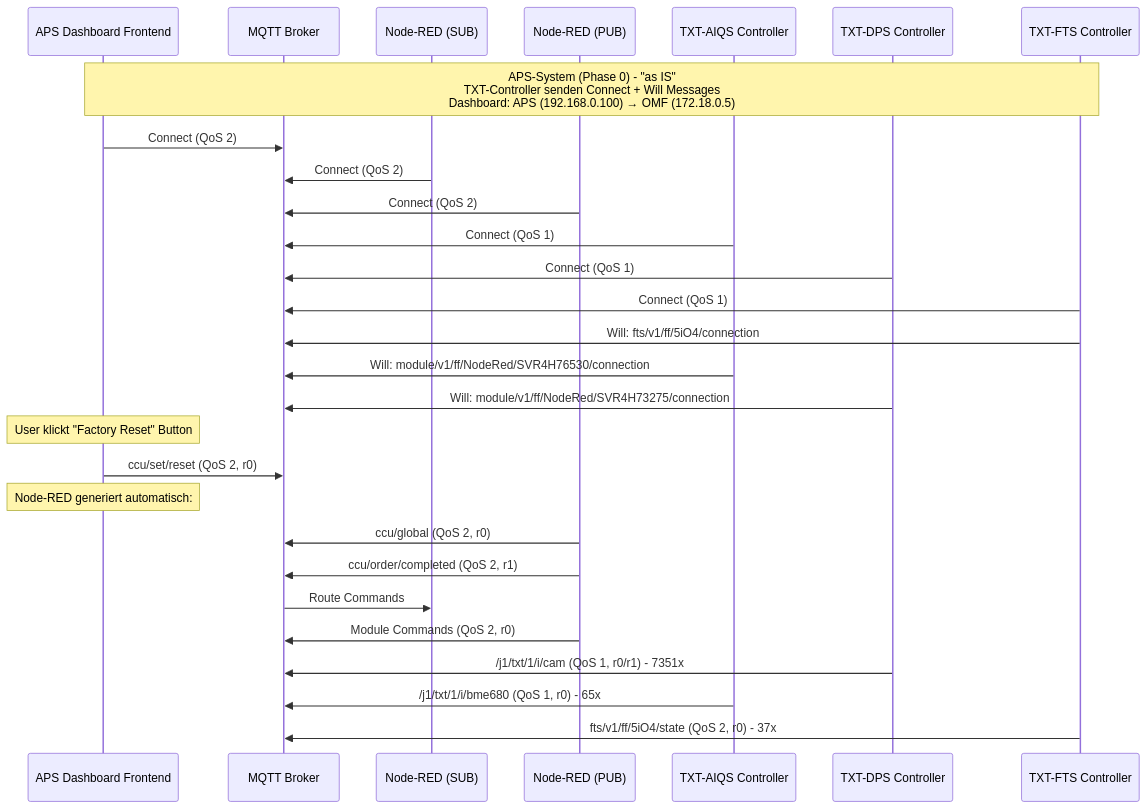
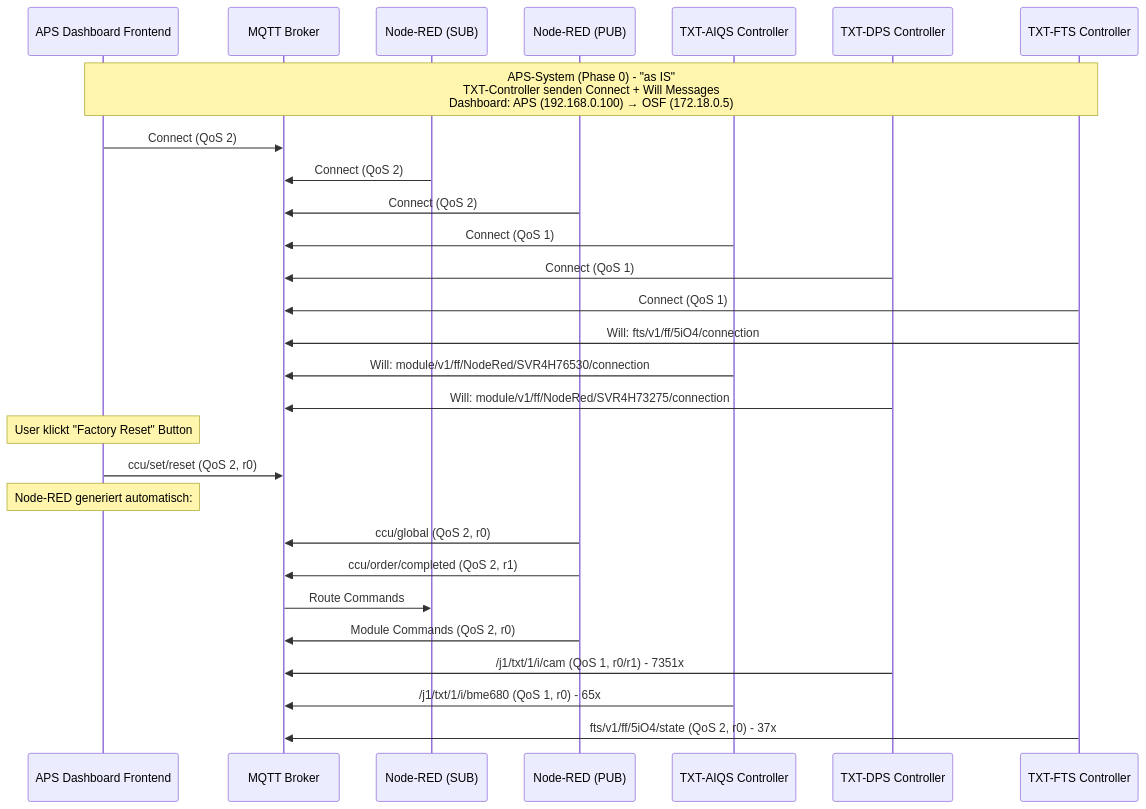
One commit to OliverBerger-ORBIS/ORBIS-Modellfabrik changed the second of 3 diagrams in docs/06-integrations/APS-Ecosystem/system-overview.md. Above: the diagram before and after it, drawn with Mermaid. The commit also changed 137 other files, not shown here.

````diff
--- a/docs/06-integrations/APS-Ecosystem/system-overview.md
+++ b/docs/06-integrations/APS-Ecosystem/system-overview.md
@@ -84,41 +84,41 @@
 ```mermaid
 sequenceDiagram
     participant DASHBOARD as APS Dashboard Frontend
     participant MQTT_BROKER as MQTT Broker
     participant NODERED_SUB as Node-RED (SUB)
     participant NODERED_PUB as Node-RED (PUB)
     participant TXT_AIQS as TXT-AIQS Controller
     participant TXT_DPS as TXT-DPS Controller
     participant TXT_FTS as TXT-FTS Controller
     
-    Note over DASHBOARD,TXT_FTS: APS-System (Phase 0) - "as IS"<br/>TXT-Controller senden Connect + Will Messages<br/>Dashboard: APS (192.168.0.100) → OMF (172.18.0.5)
+    Note over DASHBOARD,TXT_FTS: APS-System (Phase 0) - "as IS"<br/>TXT-Controller senden Connect + Will Messages<br/>Dashboard: APS (192.168.0.100) → OSF (172.18.0.5)
     
     %% Initiale Verbindungen
     DASHBOARD->>MQTT_BROKER: Connect (QoS 2)
     NODERED_SUB->>MQTT_BROKER: Connect (QoS 2)
     NODERED_PUB->>MQTT_BROKER: Connect (QoS 2)
     TXT_AIQS->>MQTT_BROKER: Connect (QoS 1)
     TXT_DPS->>MQTT_BROKER: Connect (QoS 1)
     TXT_FTS->>MQTT_BROKER: Connect (QoS 1)
     
     %% Will Messages (Connection Status)
     TXT_FTS->>MQTT_BROKER: Will: fts/v1/ff/5iO4/connection
     TXT_AIQS->>MQTT_BROKER: Will: module/v1/ff/NodeRed/SVR4H76530/connection
     TXT_DPS->>MQTT_BROKER: Will: module/v1/ff/NodeRed/SVR4H73275/connection
     
     %% UI-Interaktionen (16:25:37)
     Note over DASHBOARD: User klickt "Factory Reset" Button
     DASHBOARD->>MQTT_BROKER: ccu/set/reset (QoS 2, r0)
     Note over DASHBOARD: Node-RED generiert automatisch:
     NODERED_PUB->>MQTT_BROKER: ccu/global (QoS 2, r0)
     NODERED_PUB->>MQTT_BROKER: ccu/order/completed (QoS 2, r1)
     
     %% Node-RED Processing
     MQTT_BROKER->>NODERED_SUB: Route Commands
     NODERED_PUB->>MQTT_BROKER: Module Commands (QoS 2, r0)
     
     %% TXT-Controller Telemetry
     TXT_DPS->>MQTT_BROKER: /j1/txt/1/i/cam (QoS 1, r0/r1) - 7351x
     TXT_AIQS->>MQTT_BROKER: /j1/txt/1/i/bme680 (QoS 1, r0) - 65x
     TXT_FTS->>MQTT_BROKER: fts/v1/ff/5iO4/state (QoS 2, r0) - 37x
 ```
````
